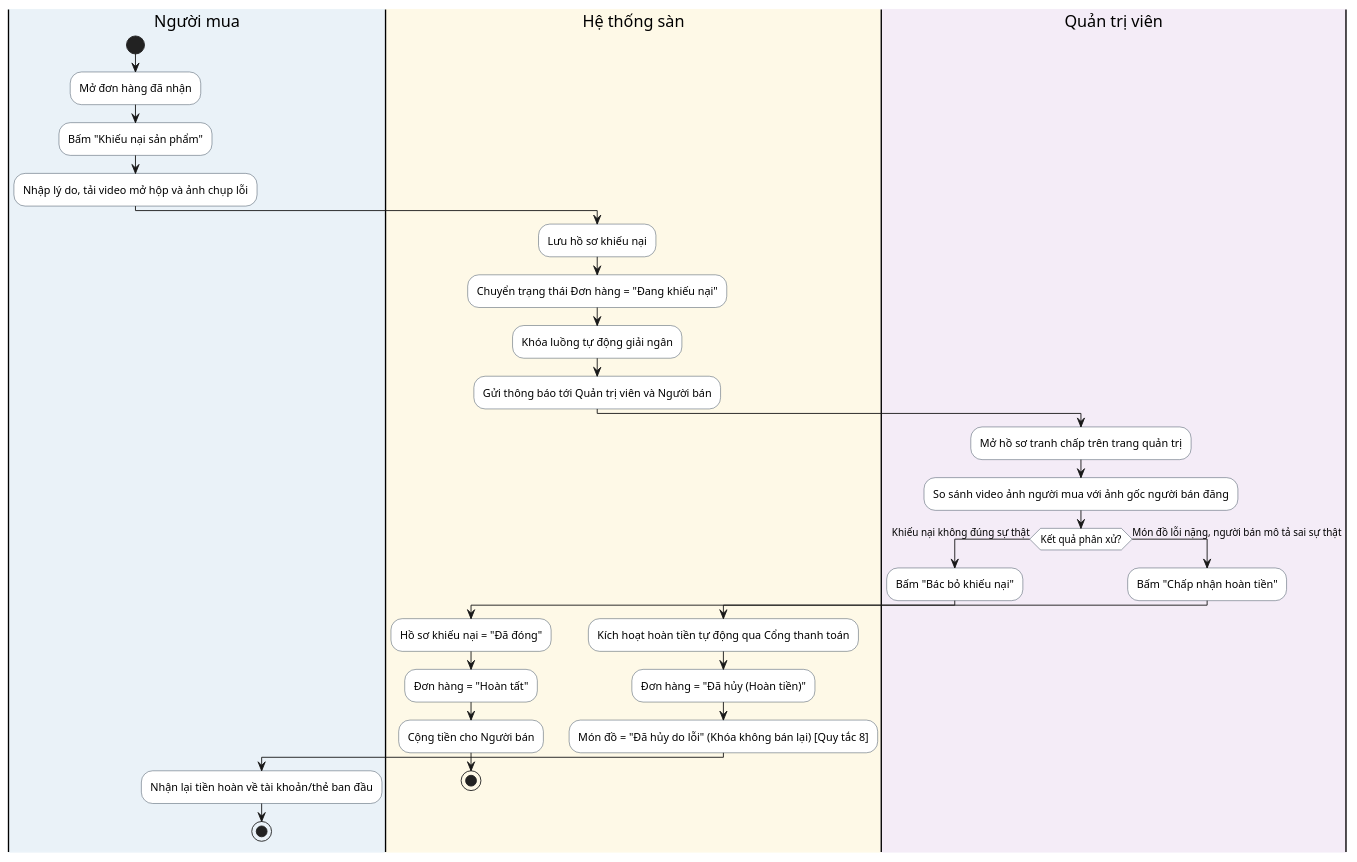
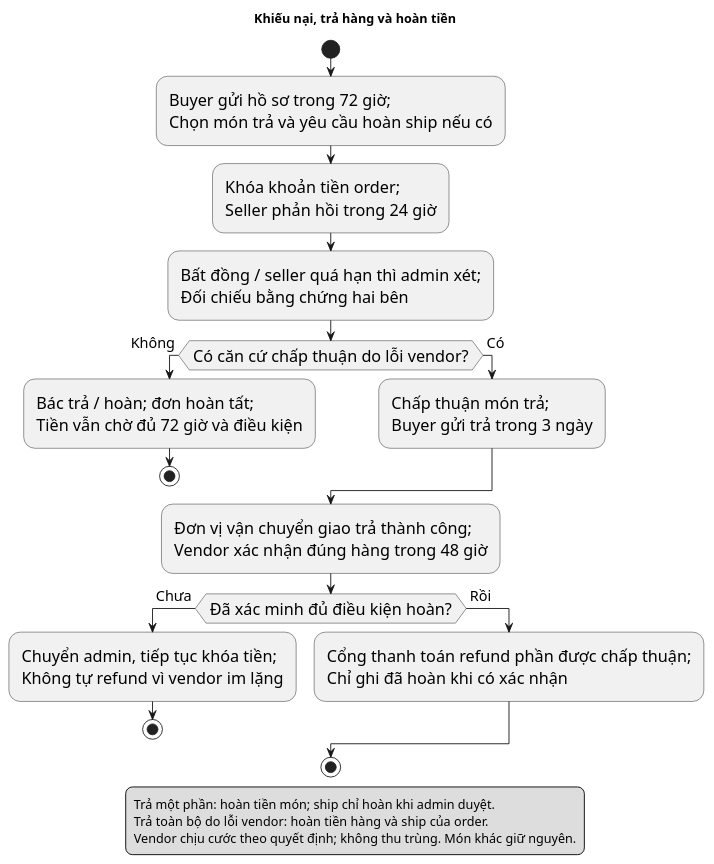
Before and after one commit to buihaiduongdev/rewear-be: the diagram in docs/diagrams/activity/dispute_return_refund_activity.puml, drawn with PlantUML. The commit also changed 34 other files, not shown here.

Commit message:
docs: align business specifications and report diagrams

```diff
--- a/docs/diagrams/activity/dispute_return_refund_activity.puml
+++ b/docs/diagrams/activity/dispute_return_refund_activity.puml
@@ -1,46 +1,32 @@
 @startuml
 skinparam shadowing false
-skinparam defaultFontName Arial
-skinparam ActivityBackgroundColor #FFFFFF
-skinparam ActivityBorderColor #2C3E50
-
-|#EAF2F8|Người mua|
-|#FEF9E7|Hệ thống sàn|
-|#F4ECF7|Quản trị viên|
-
-|Người mua|
+skinparam defaultFontName SansSerif
+skinparam defaultFontSize 18
+skinparam ArrowFontSize 16
+skinparam noteFontSize 15
+skinparam Padding 4
+title Khiếu nại, trả hàng và hoàn tiền
 start
-:Mở đơn hàng đã nhận;
-:Bấm "Khiếu nại sản phẩm";
-:Nhập lý do, tải video mở hộp và ảnh chụp lỗi;
-
-|Hệ thống sàn|
-:Lưu hồ sơ khiếu nại;
-:Chuyển trạng thái Đơn hàng = "Đang khiếu nại";
-:Khóa luồng tự động giải ngân;
-:Gửi thông báo tới Quản trị viên và Người bán;
-
-|Quản trị viên|
-:Mở hồ sơ tranh chấp trên trang quản trị;
-:So sánh video ảnh người mua với ảnh gốc người bán đăng;
-
-if (Kết quả phân xử?) then (Khiếu nại không đúng sự thật)
-  :Bấm "Bác bỏ khiếu nại";
-  |Hệ thống sàn|
-  :Hồ sơ khiếu nại = "Đã đóng";
-  :Đơn hàng = "Hoàn tất";
-  :Cộng tiền cho Người bán;
-  stop
-else (Món đồ lỗi nặng, người bán mô tả sai sự thật)
-  |Quản trị viên|
-  :Bấm "Chấp nhận hoàn tiền";
-  |Hệ thống sàn|
-  :Kích hoạt hoàn tiền tự động qua Cổng thanh toán;
-  :Đơn hàng = "Đã hủy (Hoàn tiền)";
-  :Món đồ = "Đã hủy do lỗi" (Khóa không bán lại) [Quy tắc 8];
-  
-  |Người mua|
-  :Nhận lại tiền hoàn về tài khoản/thẻ ban đầu;
-  stop
+:Buyer gửi hồ sơ trong 72 giờ;\nChọn món trả và yêu cầu hoàn ship nếu có;
+:Khóa khoản tiền order;\nSeller phản hồi trong 24 giờ;
+:Bất đồng / seller quá hạn thì admin xét;\nĐối chiếu bằng chứng hai bên;
+if (Có căn cứ chấp thuận do lỗi vendor?) then (Không)
+ :Bác trả / hoàn; đơn hoàn tất;\nTiền vẫn chờ đủ 72 giờ và điều kiện;
+ stop
+else (Có)
+ :Chấp thuận món trả;\nBuyer gửi trả trong 3 ngày;
 endif
+:Đơn vị vận chuyển giao trả thành công;\nVendor xác nhận đúng hàng trong 48 giờ;
+if (Đã xác minh đủ điều kiện hoàn?) then (Chưa)
+ :Chuyển admin, tiếp tục khóa tiền;\nKhông tự refund vì vendor im lặng;
+ stop
+else (Rồi)
+ :Cổng thanh toán refund phần được chấp thuận;\nChỉ ghi đã hoàn khi có xác nhận;
+endif
+stop
+legend bottom
+Trả một phần: hoàn tiền món; ship chỉ hoàn khi admin duyệt.
+Trả toàn bộ do lỗi vendor: hoàn tiền hàng và ship của order.
+Vendor chịu cước theo quyết định; không thu trùng. Món khác giữ nguyên.
+endlegend
 @enduml
```
